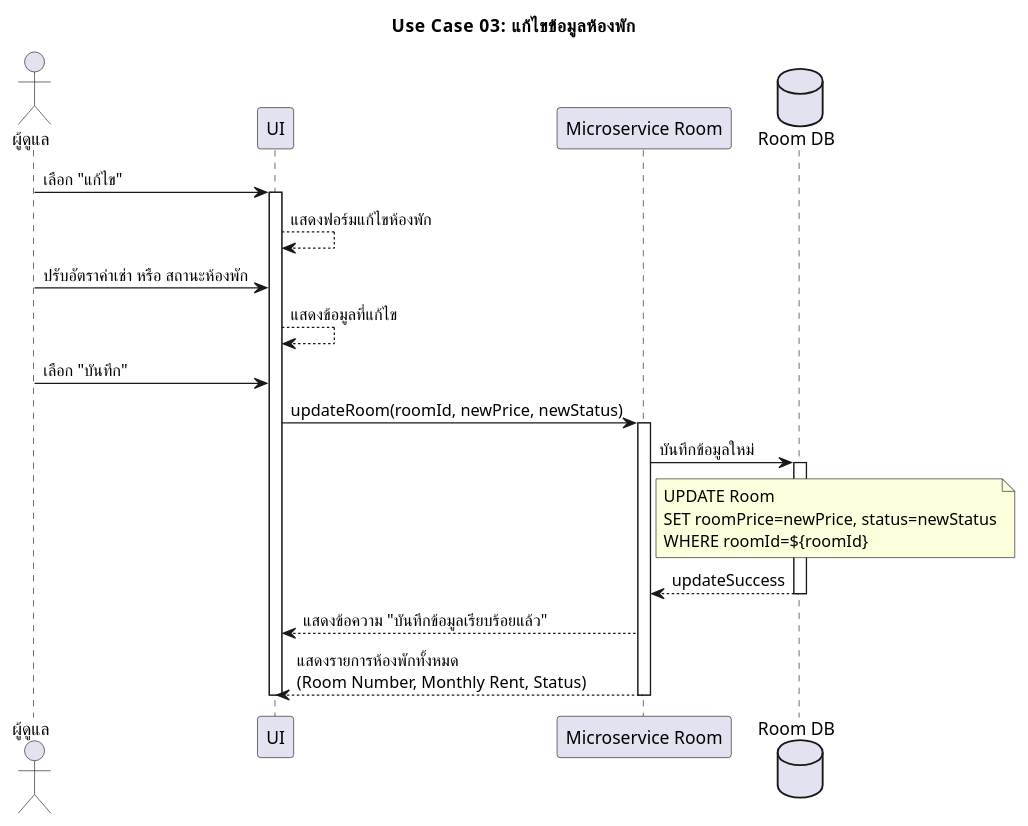
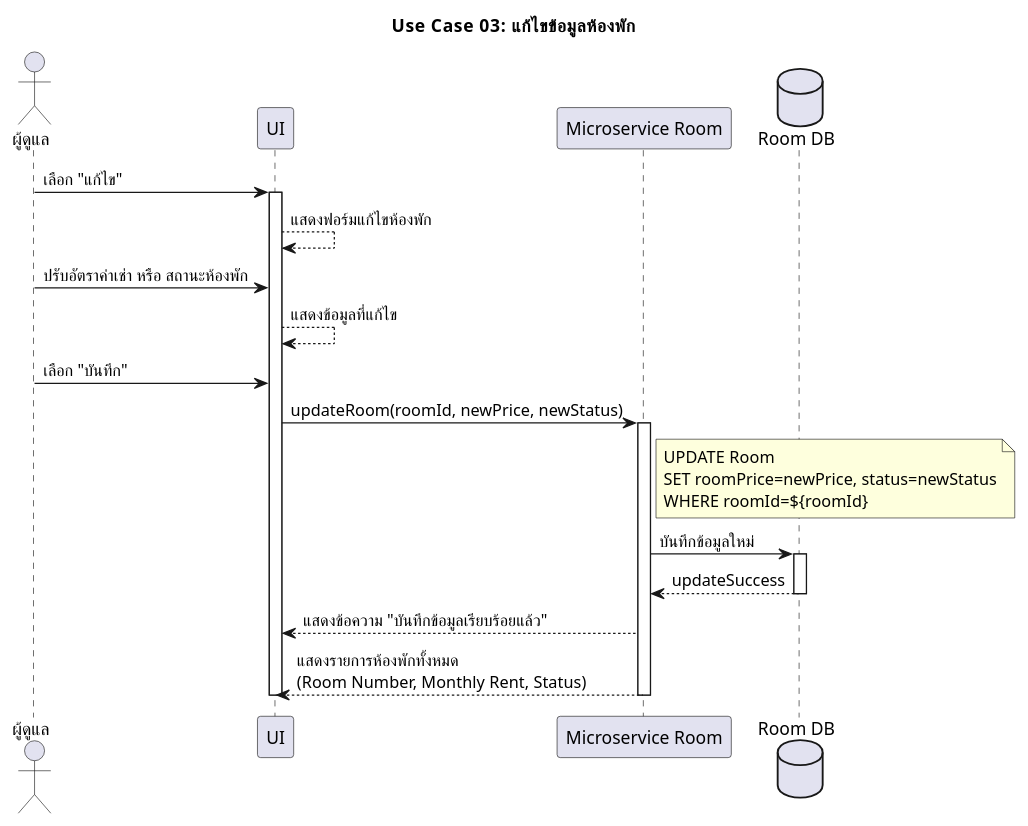
The diagram in usecase03_edit_room.plantuml (warinyang/UML-monthly-room-rent), drawn with PlantUML before and after one commit. The commit also changed other lines of this file and 15 other files, not shown here.

```diff
--- a/usecase03_edit_room.plantuml
+++ b/usecase03_edit_room.plantuml
@@ -1,41 +1,41 @@
 @startuml
 skinparam defaultFontName "TH Sarabun New"
 title Use Case 03: แก้ไขข้อมูลห้องพัก
 actor "ผู้ดูแล" as Admin
 participant "UI" as UI
 participant "Microservice Room" as MSROOM
 database "Room DB" as RoomDB
 
 
 Admin -> UI      : เลือก "แก้ไข"
 activate UI
 
 UI --> UI       : แสดงฟอร์มแก้ไขห้องพัก
 
 Admin -> UI      : ปรับอัตราค่าเช่า หรือ สถานะห้องพัก
 UI --> UI       : แสดงข้อมูลที่แก้ไข
 
 Admin -> UI      : เลือก "บันทึก"
 UI -> MSROOM    : updateRoom(roomId, newPrice, newStatus)
 activate MSROOM
 
-MSROOM -> RoomDB: บันทึกข้อมูลใหม่
+
 note right of  MSROOM
 UPDATE Room
 SET roomPrice=newPrice, status=newStatus
 WHERE roomId=${roomId}
 end note
-
+MSROOM -> RoomDB: บันทึกข้อมูลใหม่
 activate RoomDB
 
 
 RoomDB --> MSROOM: updateSuccess
 deactivate RoomDB
 
 MSROOM --> UI    : แสดงข้อความ "บันทึกข้อมูลเรียบร้อยแล้ว"
 MSROOM --> UI    : แสดงรายการห้องพักทั้งหมด\n(Room Number, Monthly Rent, Status)
 
 deactivate MSROOM
 deactivate UI
 
 @enduml
```
